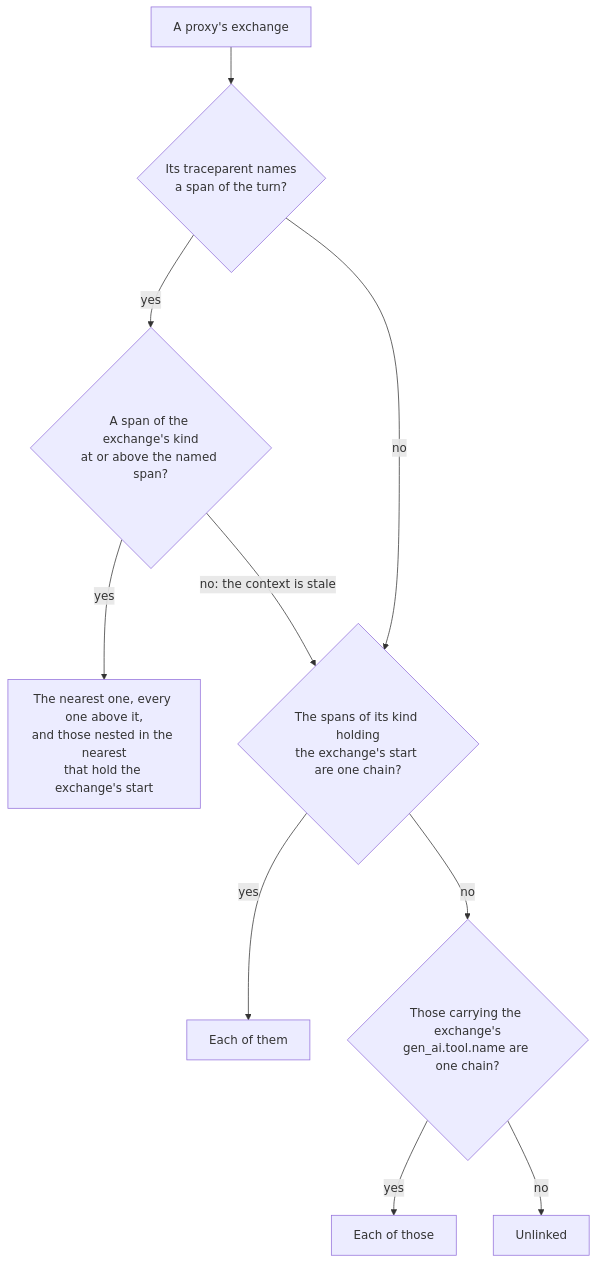
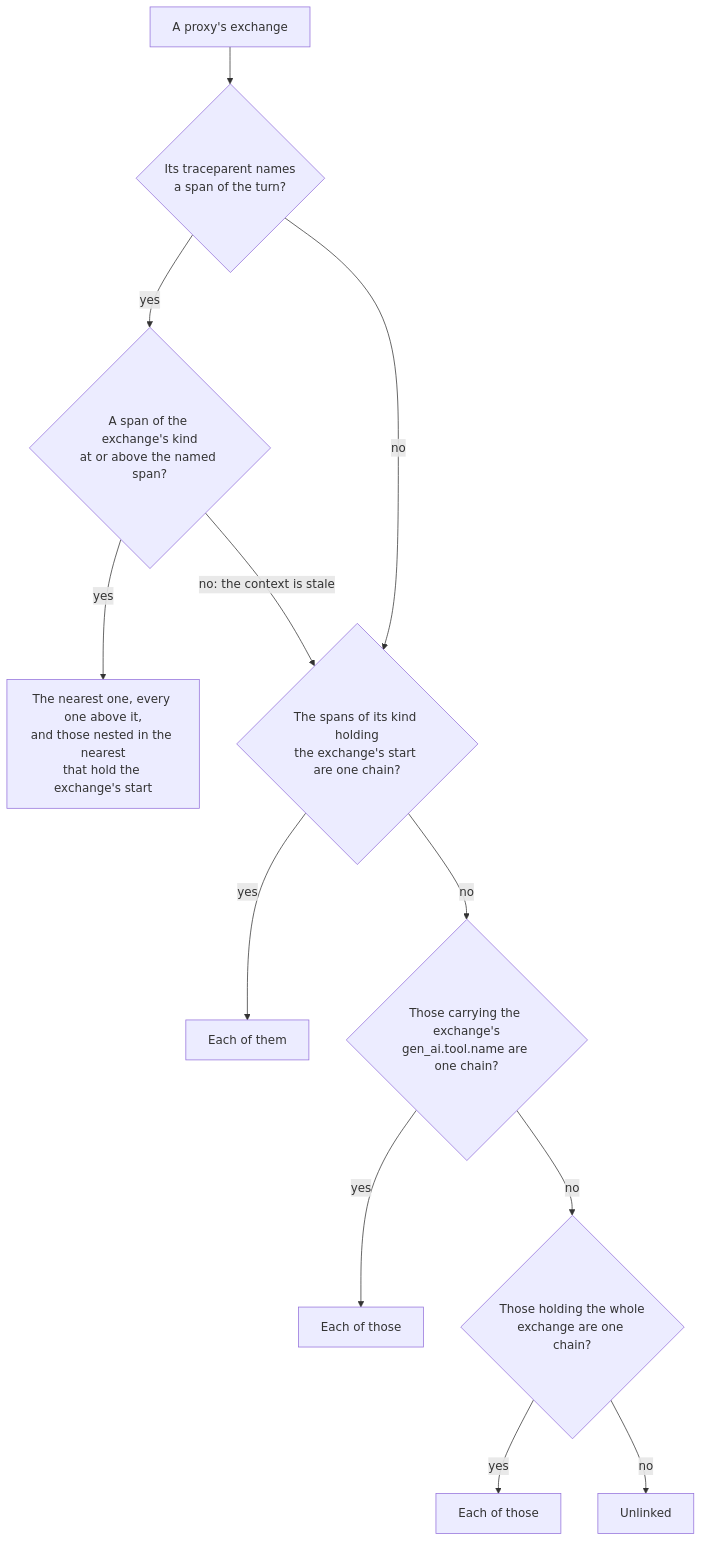
One commit to retz8/a2ui-spectra changed the second of 2 diagrams in docs/design/opentelemetry.md. Above: the diagram before and after it, drawn with Mermaid. The commit also changed other lines of this file and 6 other files, not shown here.

````diff
--- a/docs/design/opentelemetry.md
+++ b/docs/design/opentelemetry.md
@@ -340,12 +340,14 @@
 ```mermaid
 flowchart TD
     X["A proxy's exchange"] --> C{"Its traceparent names<br/>a span of the turn?"}
     C -->|yes| K{"A span of the exchange's kind<br/>at or above the named span?"}
     K -->|yes| L["The nearest one, every one above it,<br/>and those nested in the nearest<br/>that hold the exchange's start"]
     K -->|"no: the context is stale"| H
     C -->|no| H{"The spans of its kind holding<br/>the exchange's start are one chain?"}
     H -->|yes| L2["Each of them"]
     H -->|no| N{"Those carrying the exchange's<br/>gen_ai.tool.name are one chain?"}
     N -->|yes| L3["Each of those"]
-    N -->|no| U["Unlinked"]
+    N -->|no| W{"Those holding the whole<br/>exchange are one chain?"}
+    W -->|yes| L4["Each of those"]
+    W -->|no| U["Unlinked"]
 ```
````
